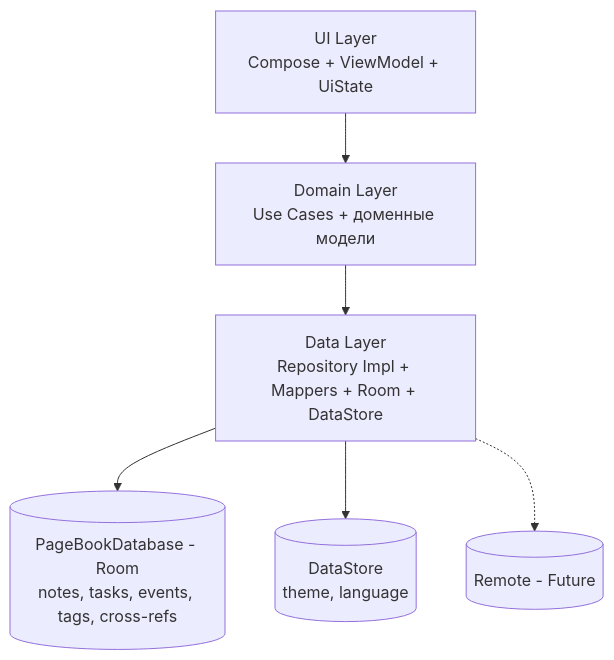
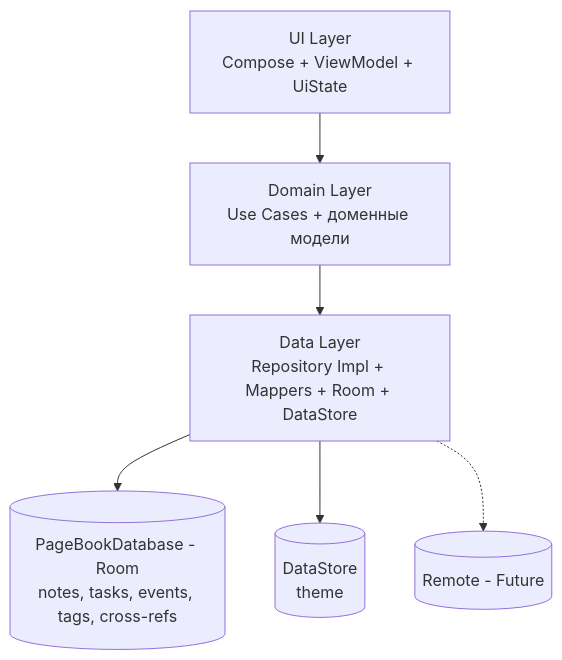
One commit to MaxGog/pagebook-android changed the diagram in README.md. Above: the diagram before and after it, drawn with Mermaid. The commit also changed other lines of this file and 38 other files, not shown here.

````diff
--- a/README.md
+++ b/README.md
@@ -69,8 +76,8 @@
 ```mermaid
 graph TD
    A[UI Layer<br/>Compose + ViewModel + UiState] --> B[Domain Layer<br/>Use Cases + доменные модели]
    B --> C[Data Layer<br/>Repository Impl + Mappers + Room + DataStore]
    C --> D[(PageBookDatabase - Room<br/>notes, tasks, events, tags, cross-refs)]
-   C --> F[(DataStore<br/>theme, language)]
+   C --> F[(DataStore<br/>theme)]
    C -.-> E[(Remote - Future)]
 ```
````
